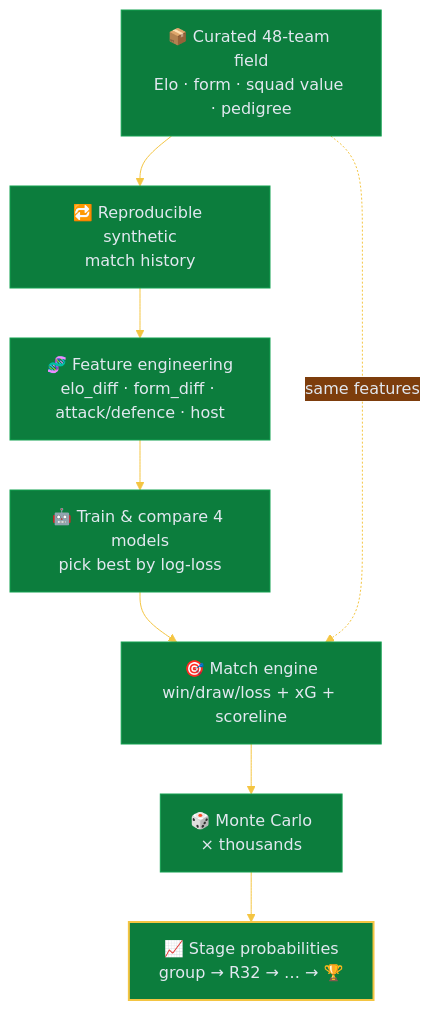
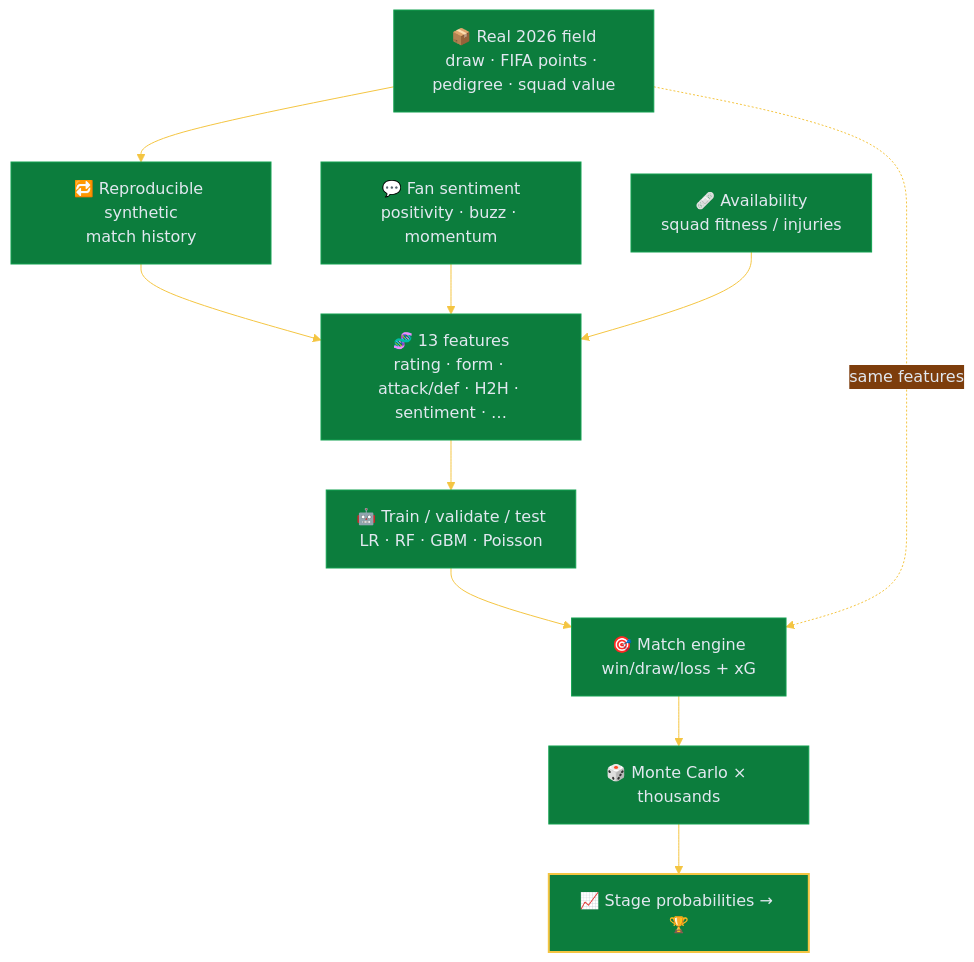
Before and after one commit to shreyas463/2026-fifa-world-cup-final-predictor: the second of 3 diagrams in README.md, drawn with Mermaid. The commit also changed other lines of this file and 24 other files, not shown here.

````diff
--- a/README.md
+++ b/README.md
@@ -103,16 +116,20 @@
 ```mermaid
 %%{init: {'theme':'base','themeVariables':{'primaryColor':'#0c7d3d','primaryTextColor':'#e2e8f0','primaryBorderColor':'#12a150','lineColor':'#f4c542','fontFamily':'Segoe UI, sans-serif'}}}%%
 flowchart TD
-    A["📦 Curated 48-team field<br/>Elo · form · squad value · pedigree"]
+    A["📦 Real 2026 field<br/>draw · FIFA points · pedigree · squad value"]
+    S["💬 Fan sentiment<br/>positivity · buzz · momentum"]
+    V["🩹 Availability<br/>squad fitness / injuries"]
     B["🔁 Reproducible synthetic<br/>match history"]
-    C["🧬 Feature engineering<br/>elo_diff · form_diff · attack/defence · host"]
-    D["🤖 Train & compare 4 models<br/>pick best by log-loss"]
-    E["🎯 Match engine<br/>win/draw/loss + xG + scoreline"]
-    F["🎲 Monte Carlo<br/>× thousands"]
-    G["📈 Stage probabilities<br/>group → R32 → … → 🏆"]
+    C["🧬 13 features<br/>rating · form · attack/def · H2H · sentiment · …"]
+    D["🤖 Train / validate / test<br/>LR · RF · GBM · Poisson"]
+    E["🎯 Match engine<br/>win/draw/loss + xG"]
+    F["🎲 Monte Carlo × thousands"]
+    G["📈 Stage probabilities → 🏆"]
 
     A --> B --> C --> D --> E --> F --> G
+    S --> C
+    V --> C
     A -.same features.-> E
 
     style G fill:#0c7d3d,stroke:#f4c542,stroke-width:2px
 ```
````
